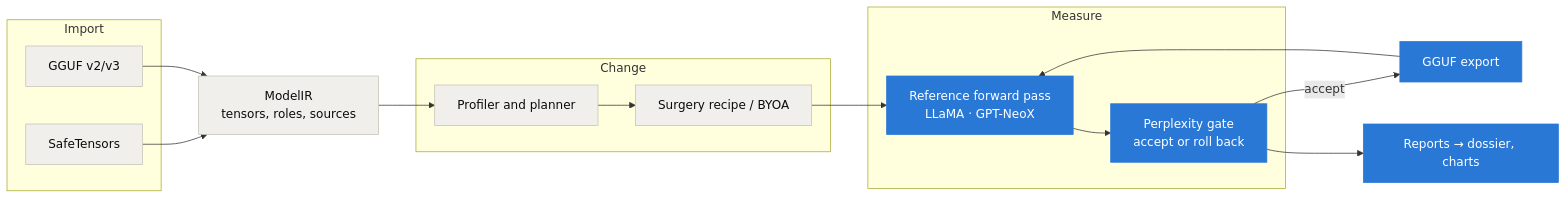
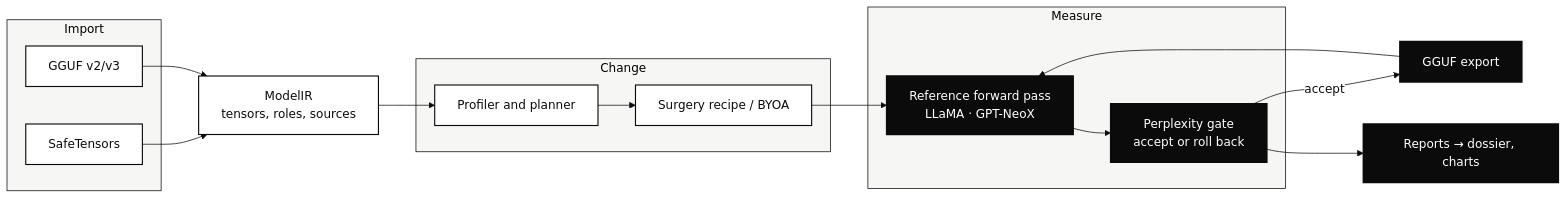
The first of 2 diagrams in README.md (EdEpiphanes/THME-Epiphanes), drawn with Mermaid before and after one commit. The commit also changed other lines of this file and 24 other files, not shown here.

First line of the commit message:
docs(brand): manga panel style for diagrams and benchmark charts; refresh README roadmap (#42)

````diff
--- a/README.md
+++ b/README.md
@@ -274,25 +274,26 @@
 ```mermaid
+%%{init: {'theme': 'base', 'themeVariables': {'fontFamily': 'Chakra Petch, Bahnschrift, Arial Narrow, sans-serif', 'primaryColor': '#ffffff', 'primaryTextColor': '#0b0b0b', 'primaryBorderColor': '#0b0b0b', 'lineColor': '#0b0b0b', 'secondaryColor': '#f6f6f4', 'tertiaryColor': '#ffffff', 'clusterBkg': '#f6f6f4', 'clusterBorder': '#0b0b0b', 'edgeLabelBackground': '#ffffff', 'noteBkgColor': '#ffffff', 'noteBorderColor': '#0b0b0b', 'actorBkg': '#ffffff', 'actorBorder': '#0b0b0b', 'signalColor': '#0b0b0b', 'labelBoxBkgColor': '#ffffff'}}}%%
 flowchart LR
-    classDef measured fill:#2a78d6,stroke:#2a78d6,color:#ffffff;
-    classDef impl fill:#f0efec,stroke:#c3c2b7,color:#0b0b0b;
+    classDef measured fill:#0b0b0b,stroke:#0b0b0b,stroke-width:2px,color:#ffffff;
+    classDef impl fill:#ffffff,stroke:#0b0b0b,stroke-width:1.5px,color:#0b0b0b;
 
     subgraph In["Import"]
         ST["SafeTensors"]:::impl
         GG["GGUF v2/v3"]:::impl
     end
     IR["ModelIR<br/>tensors, roles, sources"]:::impl
     subgraph Change["Change"]
         R["Surgery recipe / BYOA"]:::impl
         P["Profiler and planner"]:::impl
     end
     subgraph Measure["Measure"]
         F["Reference forward pass<br/>LLaMA · GPT-NeoX"]:::measured
         G["Perplexity gate<br/>accept or roll back"]:::measured
     end
     E["GGUF export"]:::measured
     D["Reports → dossier, charts"]:::measured
 
     ST & GG --> IR --> P --> R --> F --> G
     G -- accept --> E --> F
     G --> D
 ```
````
